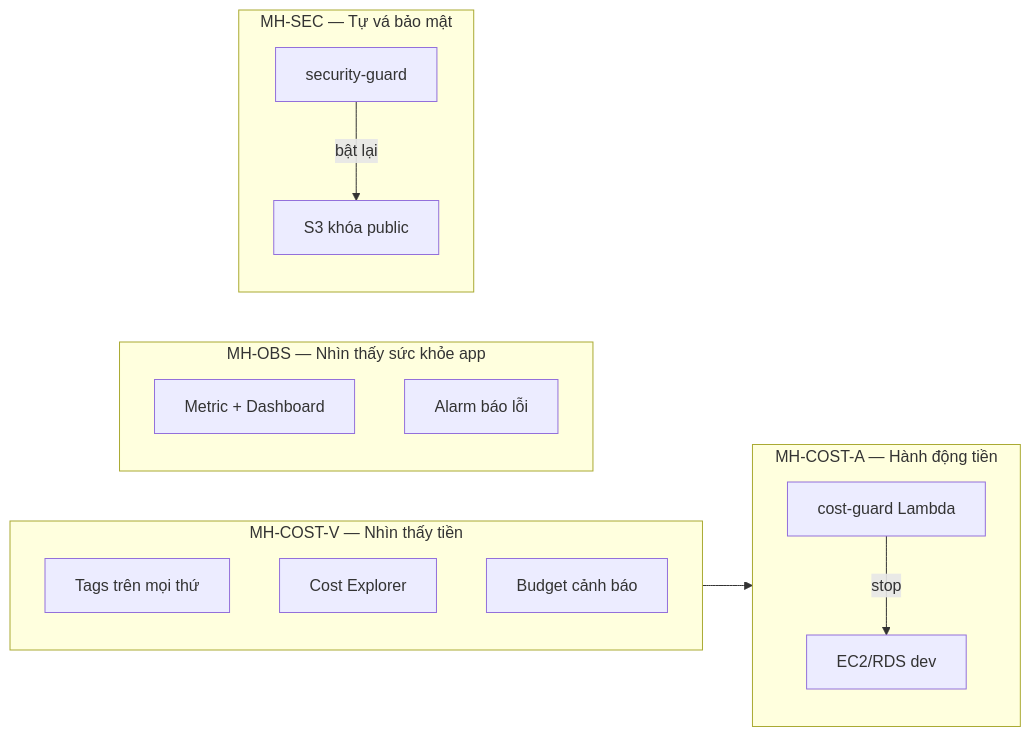
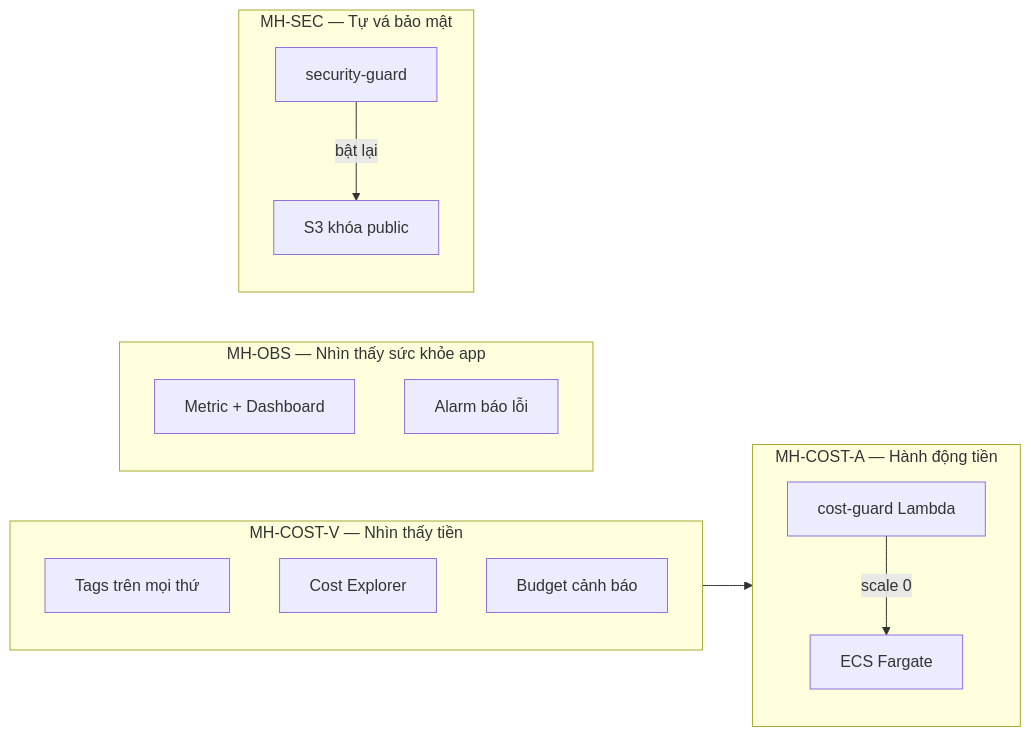
Before and after one commit to KickLabs/Kicks-Shoes: the diagram in docs/guide/week6/w6_foundations.md, drawn with Mermaid. The commit also changed other lines of this file and 11 other files, not shown here.

````diff
--- a/docs/guide/week6/w6_foundations.md
+++ b/docs/guide/week6/w6_foundations.md
@@ -46,21 +46,21 @@
 ```mermaid
 flowchart LR
     subgraph V["MH-COST-V — Nhìn thấy tiền"]
         T[Tags trên mọi thứ]
         CE[Cost Explorer]
         B[Budget cảnh báo]
     end
     subgraph A["MH-COST-A — Hành động tiền"]
         L[cost-guard Lambda]
-        L -->|stop| EC2[EC2/RDS dev]
+        L -->|scale 0| ECS[ECS Fargate]
     end
     subgraph O["MH-OBS — Nhìn thấy sức khỏe app"]
         M[Metric + Dashboard]
         AL[Alarm báo lỗi]
     end
     subgraph S["MH-SEC — Tự vá bảo mật"]
         SG[security-guard]
         SG -->|bật lại| S3[S3 khóa public]
     end
     V --> A
 ```
````
